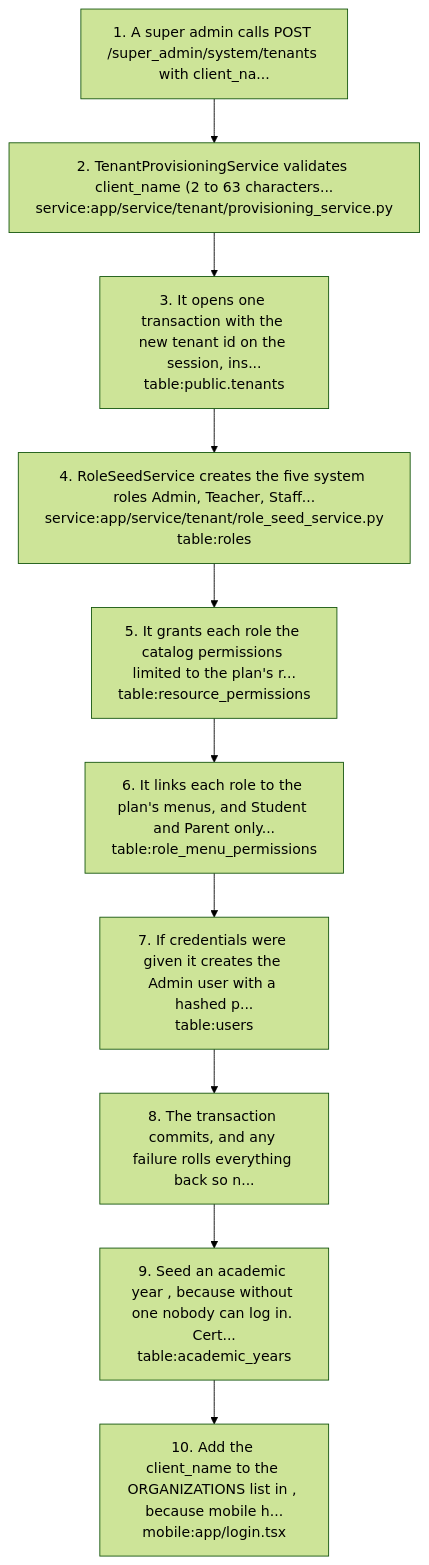
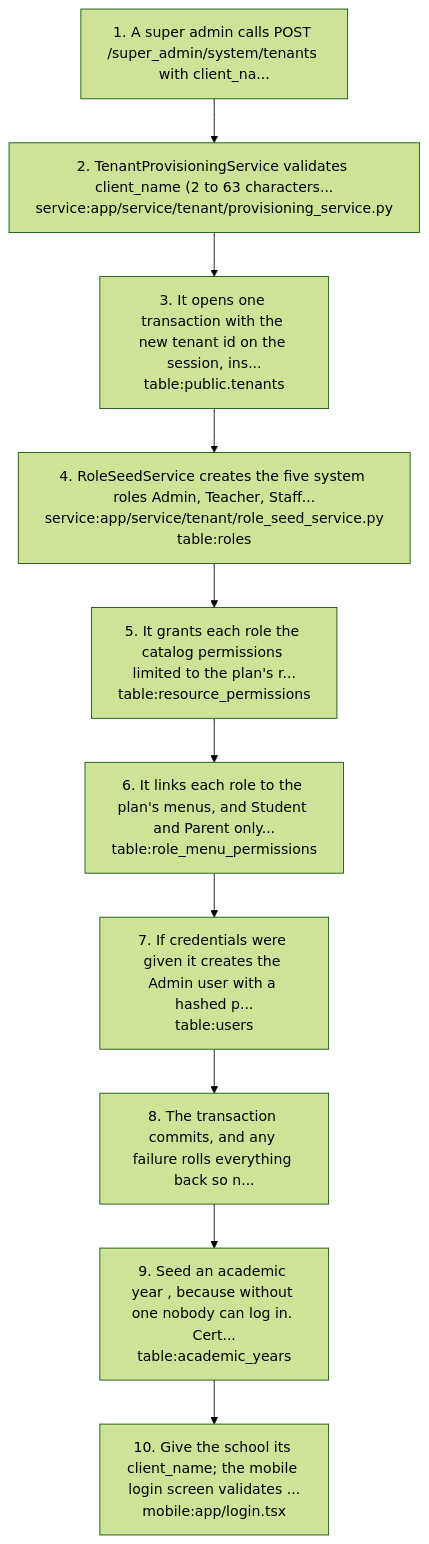
The fifth of 6 diagrams in docs/graph/views/tenants-and-admin.md (nerellasraj21/cos360_full_app), drawn with Mermaid (forest theme) before and after one commit. The commit also changed other lines of this file and 39 other files, not shown here.

````diff
--- a/docs/graph/views/tenants-and-admin.md
+++ b/docs/graph/views/tenants-and-admin.md
@@ -262,22 +262,22 @@
 ```mermaid
 flowchart TD
   s1["1. A super admin calls POST /super_admin/system/tenants with client_na..."]
   s2["2. TenantProvisioningService validates client_name (2 to 63 characters...<br/>service:app/service/tenant/provisioning_service.py"]
   s1 --> s2
   s3["3. It opens one transaction with the new tenant id on the session, ins...<br/>table:public.tenants"]
   s2 --> s3
   s4["4. RoleSeedService creates the five system roles Admin, Teacher, Staff...<br/>service:app/service/tenant/role_seed_service.py<br/>table:roles"]
   s3 --> s4
   s5["5. It grants each role the catalog permissions limited to the plan's r...<br/>table:resource_permissions"]
   s4 --> s5
   s6["6. It links each role to the plan's menus, and Student and Parent only...<br/>table:role_menu_permissions"]
   s5 --> s6
   s7["7. If credentials were given it creates the Admin user with a hashed p...<br/>table:users"]
   s6 --> s7
   s8["8. The transaction commits, and any failure rolls everything back so n..."]
   s7 --> s8
   s9["9. Seed an academic year , because without one nobody can log in. Cert...<br/>table:academic_years"]
   s8 --> s9
-  s10["10. Add the client_name to the ORGANIZATIONS list in , because mobile h...<br/>mobile:app/login.tsx"]
+  s10["10. Give the school its client_name; the mobile login screen validates ...<br/>mobile:app/login.tsx"]
   s9 --> s10
 ```
````
